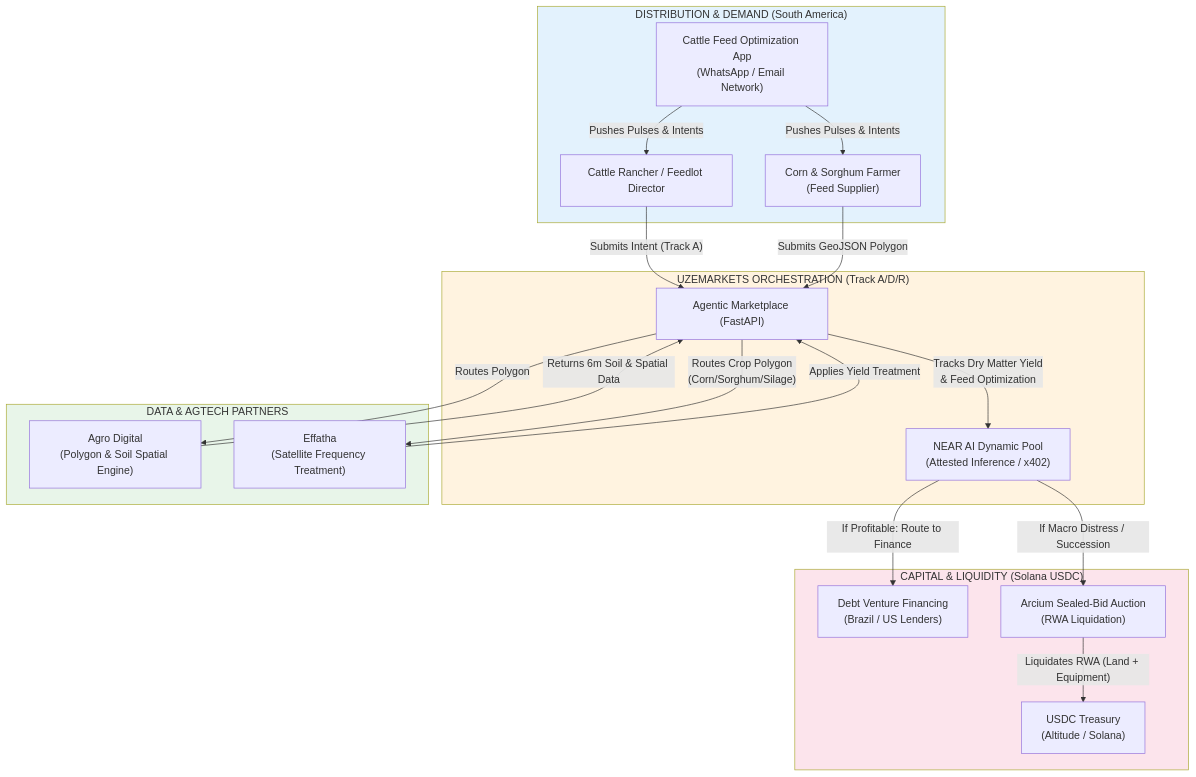
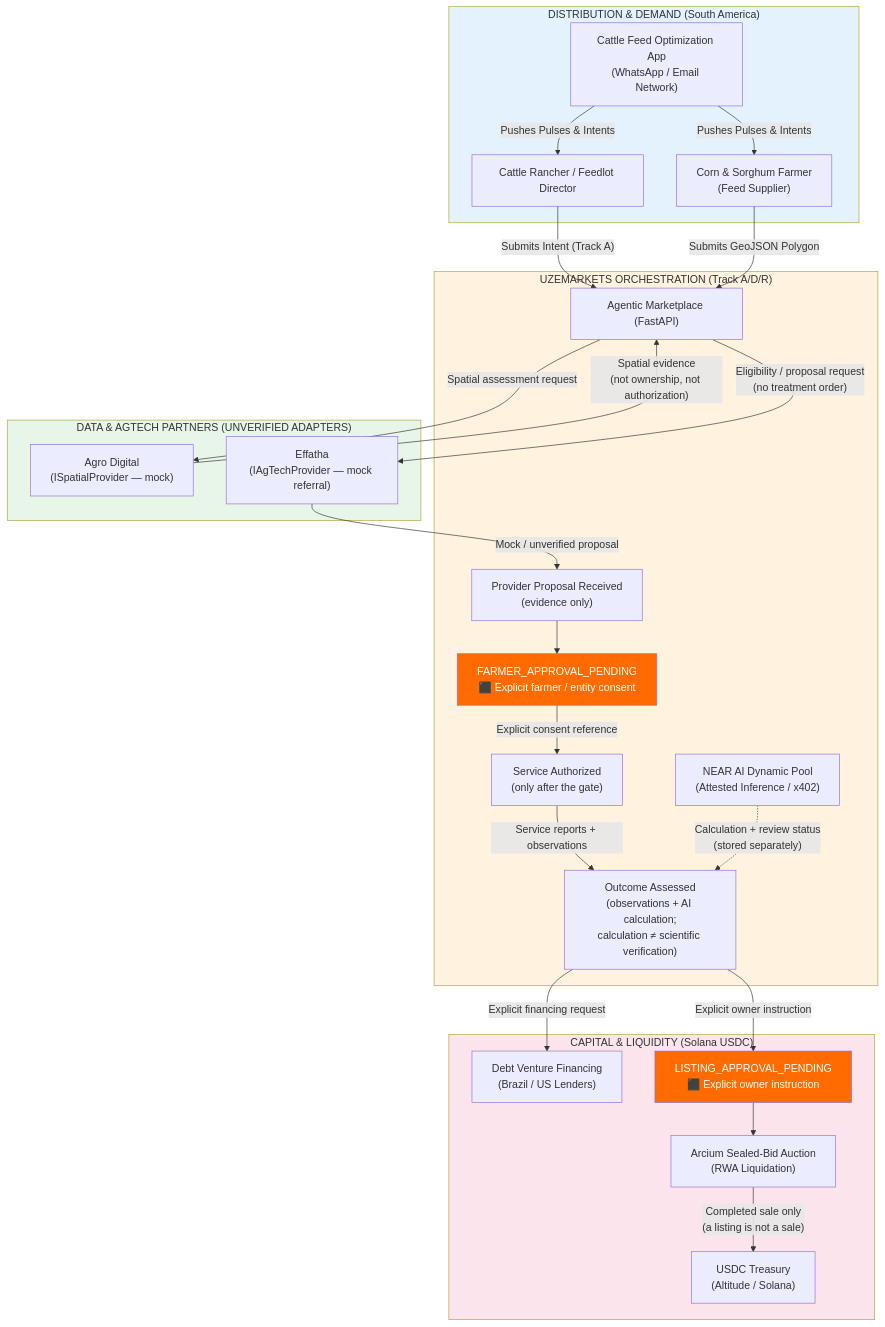
Before and after one commit to DEVBUILDSTACK/UZE: the first of 2 diagrams in docs/diagrams/05-agtech-cattle-stack.md, drawn with Mermaid. The commit also changed other lines of this file and 13 other files, not shown here.

Commit message:
Evidence-gated AgTech architecture + mock adapters

````diff
--- a/docs/diagrams/05-agtech-cattle-stack.md
+++ b/docs/diagrams/05-agtech-cattle-stack.md
@@ -13,53 +13,64 @@
 ```mermaid
 flowchart TD
     subgraph DISTRIBUTION["DISTRIBUTION & DEMAND (South America)"]
         RANCHER["Cattle Rancher / Feedlot Director"]
         FARMER["Corn & Sorghum Farmer<br/>(Feed Supplier)"]
         APP["Cattle Feed Optimization App<br/>(WhatsApp / Email Network)"]
     end
 
     subgraph MARKETPLACE["UZEMARKETS ORCHESTRATION (Track A/D/R)"]
         MP["Agentic Marketplace (FastAPI)"]
+        PROP["Provider Proposal Received<br/>(evidence only)"]
+        GATE["FARMER_APPROVAL_PENDING<br/>⬛ Explicit farmer / entity consent"]
+        SERVICE["Service Authorized<br/>(only after the gate)"]
+        OUTCOME["Outcome Assessed<br/>(observations + AI calculation;<br/>calculation ≠ scientific verification)"]
         AI["NEAR AI Dynamic Pool<br/>(Attested Inference / x402)"]
     end
 
-    subgraph DATA_PARTNERS["DATA & AGTECH PARTNERS"]
-        AGRO["Agro Digital<br/>(Polygon & Soil Spatial Engine)"]
-        EFFATHA["Effatha<br/>(Satellite Frequency Treatment)"]
+    subgraph DATA_PARTNERS["DATA & AGTECH PARTNERS (UNVERIFIED ADAPTERS)"]
+        AGRO["Agro Digital<br/>(ISpatialProvider — mock)"]
+        EFFATHA["Effatha<br/>(IAgTechProvider — mock referral)"]
     end
 
     subgraph CAPITAL["CAPITAL & LIQUIDITY (Solana USDC)"]
         DEBT["Debt Venture Financing<br/>(Brazil / US Lenders)"]
+        LISTGATE["LISTING_APPROVAL_PENDING<br/>⬛ Explicit owner instruction"]
         AUCTION["Arcium Sealed-Bid Auction<br/>(RWA Liquidation)"]
         USDC["USDC Treasury<br/>(Altitude / Solana)"]
     end
 
     %% Distribution Flow
     APP -->|"Pushes Pulses & Intents"| RANCHER
     APP -->|"Pushes Pulses & Intents"| FARMER
     
     %% Ingestion
     RANCHER -->|"Submits Intent (Track A)"| MP
     FARMER -->|"Submits GeoJSON Polygon"| MP
 
-    %% Orchestration & Underwriting
-    MP -->|"Routes Polygon"| AGRO
-    AGRO -->|"Returns 6m Soil & Spatial Data"| MP
+    %% Orchestration & Evidence
+    MP -->|"Spatial assessment request"| AGRO
+    AGRO -->|"Spatial evidence<br/>(not ownership, not authorization)"| MP
     
-    %% Optimization Loop (Effatha)
-    MP -->|"Routes Crop Polygon<br/>(Corn/Sorghum/Silage)"| EFFATHA
-    EFFATHA -->|"Applies Yield Treatment"| MP
-    MP -->|"Tracks Dry Matter Yield<br/>& Feed Optimization"| AI
+    %% Proposal Loop (Effatha)
+    MP -->|"Eligibility / proposal request<br/>(no treatment order)"| EFFATHA
+    EFFATHA -->|"Mock / unverified proposal"| PROP
+    PROP --> GATE
+    GATE -->|"Explicit consent reference"| SERVICE
+    SERVICE -->|"Service reports + observations"| OUTCOME
+    AI -.->|"Calculation + review status<br/>(stored separately)"| OUTCOME
 
-    %% Capital Routing (Stay vs. Exit)
-    AI -->|"If Profitable: Route to Finance"| DEBT
-    AI -->|"If Macro Distress / Succession"| AUCTION
+    %% Capital Routing — separately authorized branches only
+    OUTCOME -->|"Explicit financing request"| DEBT
+    OUTCOME -->|"Explicit owner instruction"| LISTGATE
+    LISTGATE --> AUCTION
     
     %% Exit Flow
-    AUCTION -->|"Liquidates RWA (Land + Equipment)"| USDC
+    AUCTION -->|"Completed sale only<br/>(a listing is not a sale)"| USDC
 
     style DISTRIBUTION fill:#e3f2fd
     style MARKETPLACE fill:#fff3e0
     style DATA_PARTNERS fill:#e8f5e9
     style CAPITAL fill:#fce4ec
+    style GATE fill:#ff6b00,color:#fff
+    style LISTGATE fill:#ff6b00,color:#fff
 ```
````
